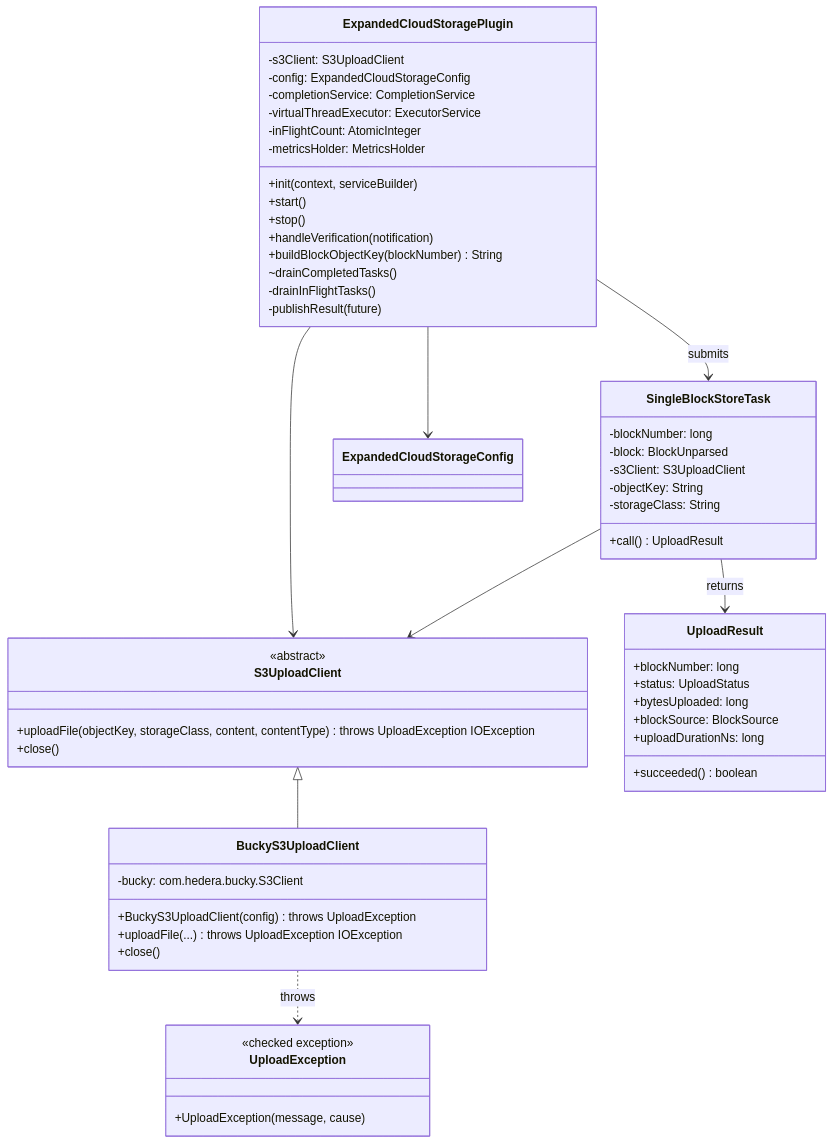
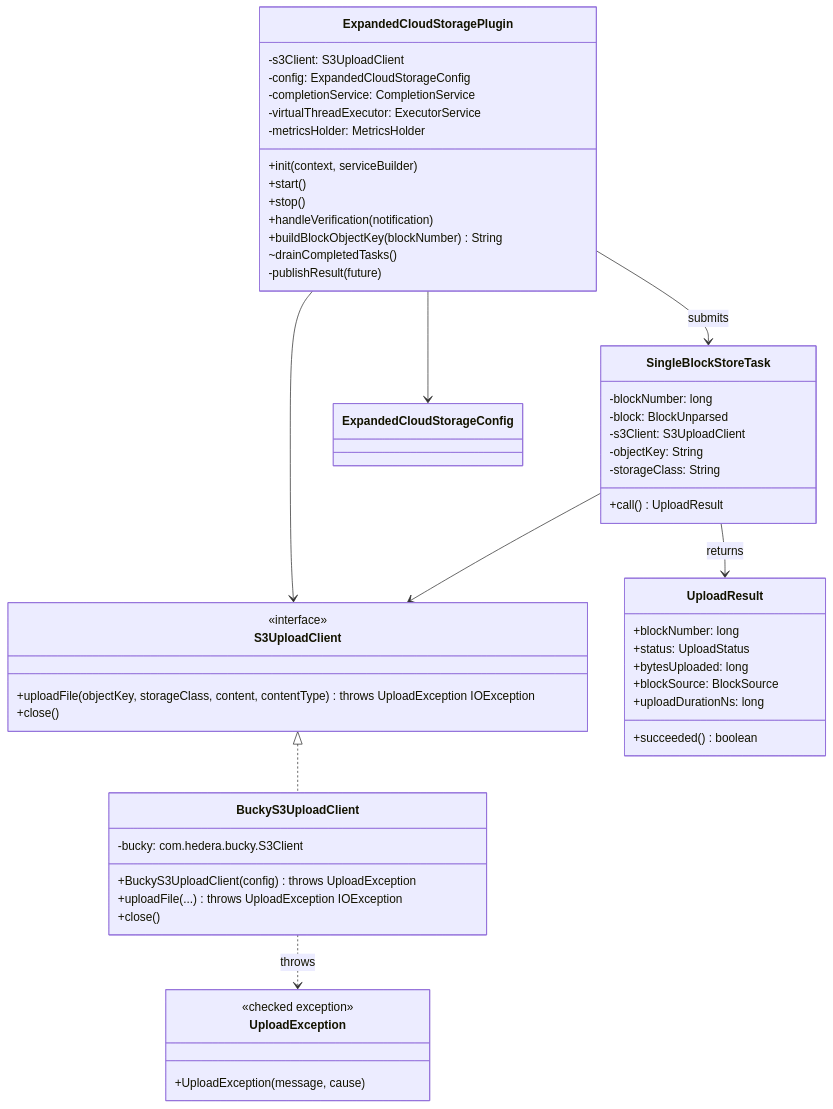
The second of 2 diagrams in docs/design/persistence/cloud-storage-expanded.md (hiero-ledger/hiero-block-node), drawn with Mermaid before and after one commit. The commit also changed other lines of this file and 2 other files, not shown here.

````diff
--- a/docs/design/persistence/cloud-storage-expanded.md
+++ b/docs/design/persistence/cloud-storage-expanded.md
@@ -284,57 +287,55 @@
 ```mermaid
 classDiagram
     class S3UploadClient {
-        <<abstract>>
+        <<interface>>
         +uploadFile(objectKey, storageClass, content, contentType) throws UploadException IOException
         +close()
     }
     class BuckyS3UploadClient {
         -bucky: com.hedera.bucky.S3Client
         +BuckyS3UploadClient(config) throws UploadException
         +uploadFile(...) throws UploadException IOException
         +close()
     }
     class UploadException {
         <<checked exception>>
         +UploadException(message, cause)
     }
     class ExpandedCloudStoragePlugin {
         -s3Client: S3UploadClient
         -config: ExpandedCloudStorageConfig
         -completionService: CompletionService
         -virtualThreadExecutor: ExecutorService
-        -inFlightCount: AtomicInteger
         -metricsHolder: MetricsHolder
         +init(context, serviceBuilder)
         +start()
         +stop()
         +handleVerification(notification)
         +buildBlockObjectKey(blockNumber) String
         ~drainCompletedTasks()
-        -drainInFlightTasks()
         -publishResult(future)
     }
     class SingleBlockStoreTask {
         -blockNumber: long
         -block: BlockUnparsed
         -s3Client: S3UploadClient
         -objectKey: String
         -storageClass: String
         +call() UploadResult
     }
     class UploadResult {
         +blockNumber: long
         +status: UploadStatus
         +bytesUploaded: long
         +blockSource: BlockSource
         +uploadDurationNs: long
         +succeeded() boolean
     }
-    S3UploadClient <|-- BuckyS3UploadClient
+    S3UploadClient <|.. BuckyS3UploadClient
     BuckyS3UploadClient ..> UploadException : throws
     ExpandedCloudStoragePlugin --> S3UploadClient
     ExpandedCloudStoragePlugin --> SingleBlockStoreTask : submits
     SingleBlockStoreTask --> S3UploadClient
     SingleBlockStoreTask --> UploadResult : returns
     ExpandedCloudStoragePlugin --> ExpandedCloudStorageConfig
 ```
````
